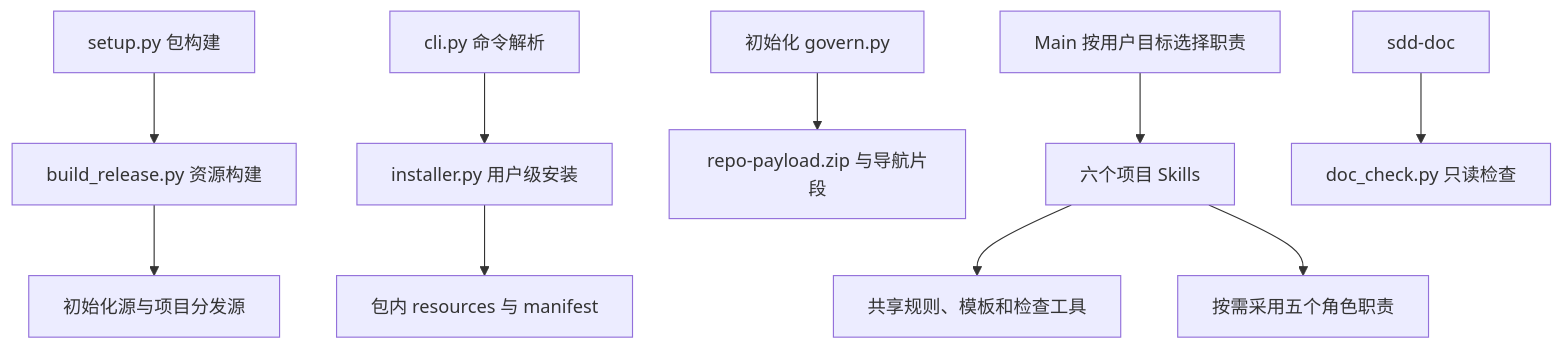
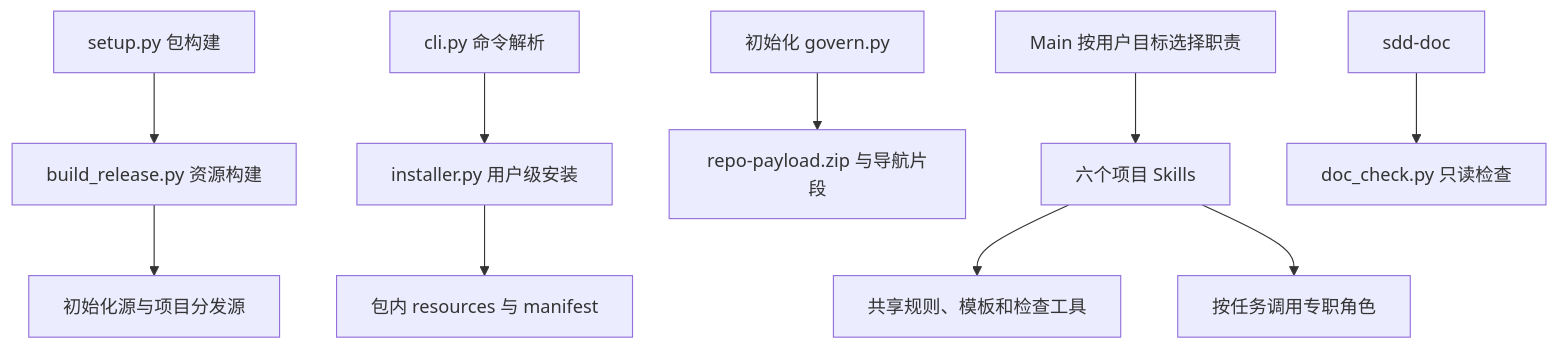
One commit to bigsmartben/sdd-init changed the third of 3 diagrams in docs/blueprint.md. Above: the diagram before and after it, drawn with Mermaid. The commit also changed other lines of this file and 109 other files, not shown here.

````diff
--- a/docs/blueprint.md
+++ b/docs/blueprint.md
@@ -117,12 +117,12 @@
 ```mermaid
 flowchart TD
   Package[setup.py 包构建] --> Build[build_release.py 资源构建]
   Build --> Sources[初始化源与项目分发源]
   CLI[cli.py 命令解析] --> Installer[installer.py 用户级安装]
   Installer --> Resources[包内 resources 与 manifest]
   Govern[初始化 govern.py] --> Payload[repo-payload.zip 与导航片段]
   Main[Main 按用户目标选择职责] --> Skills[六个项目 Skills]
   Skills --> Shared[共享规则、模板和检查工具]
-  Skills --> Roles[按需采用五个角色职责]
+  Skills --> Roles[按任务调用专职角色]
   Doc[sdd-doc] --> Check[doc_check.py 只读检查]
 ```
````
